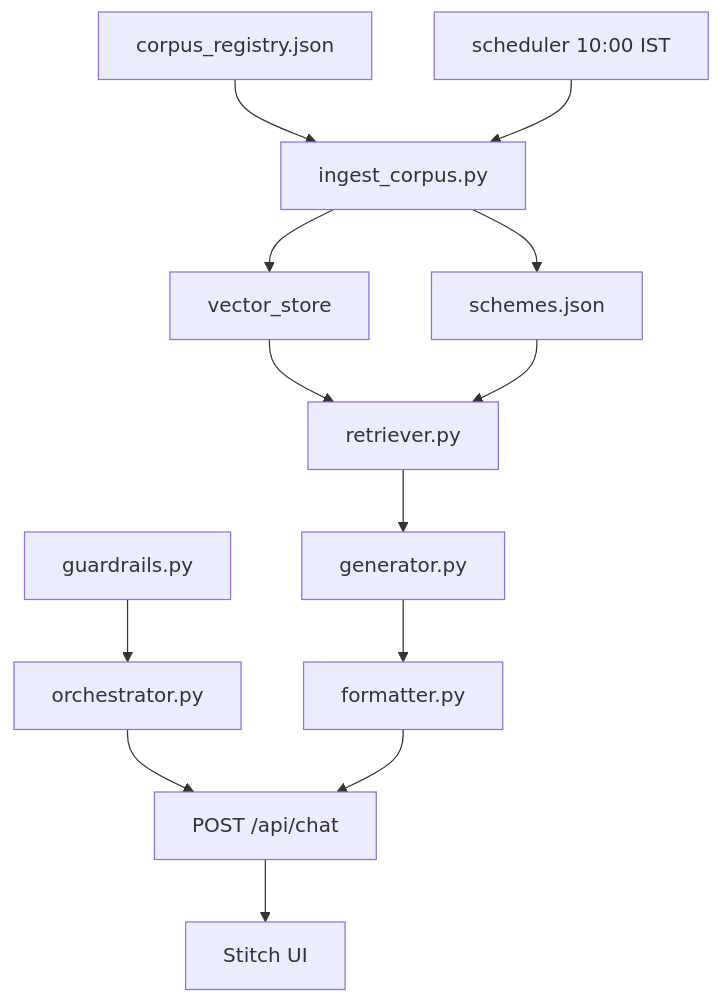
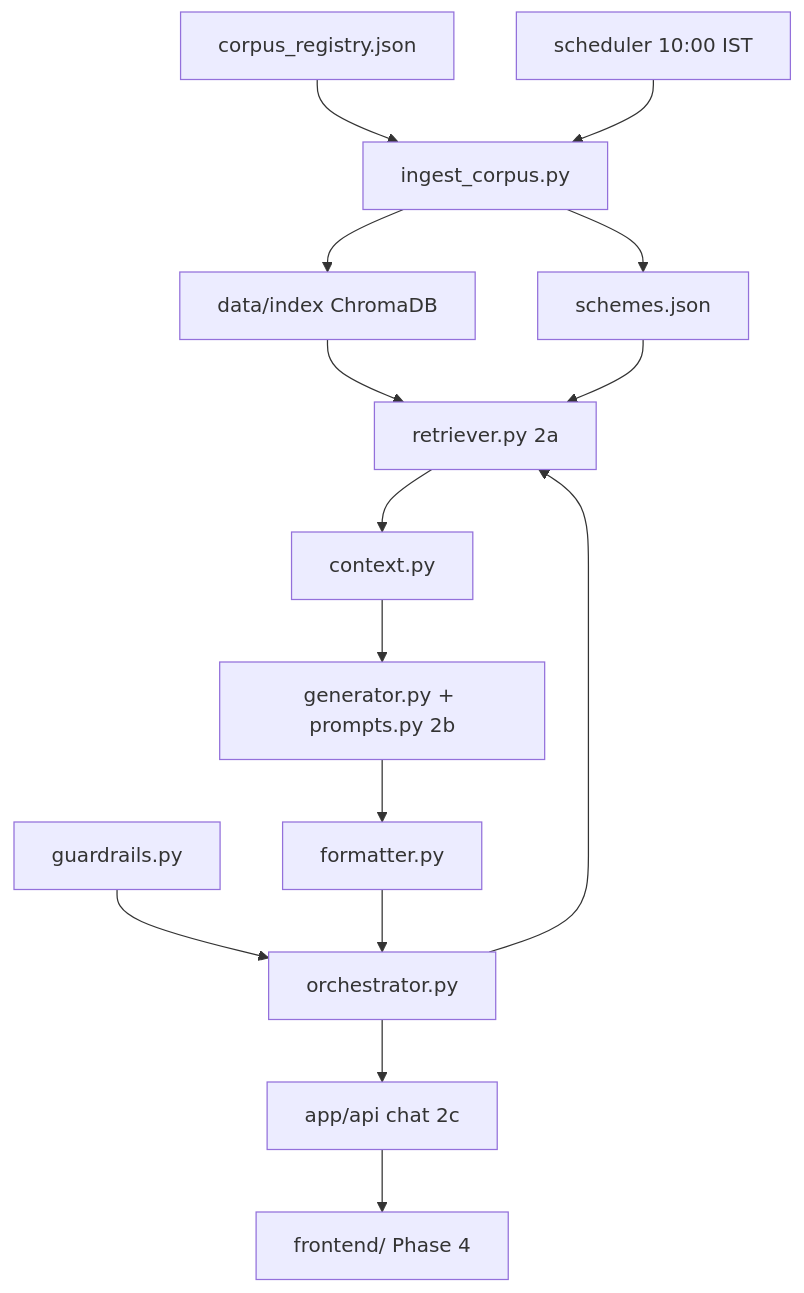
One commit to SayaliAsole26/TATA-mutual-fund-FAQ changed the third of 3 diagrams in Docs folder/implementation.md. Above: the diagram before and after it, drawn with Mermaid. The commit also changed other lines of this file and 66 other files, not shown here.

````diff
--- a/Docs folder/implementation.md
+++ b/Docs folder/implementation.md
@@ -636,16 +889,18 @@
 ```mermaid
 flowchart TD
     REG["corpus_registry.json"] --> ING["ingest_corpus.py"]
-    ING --> VDB["vector_store"]
+    ING --> VDB["data/index ChromaDB"]
     ING --> META["schemes.json"]
     SCHED["scheduler 10:00 IST"] --> ING
 
-    VDB --> RET["retriever.py"]
+    VDB --> RET["retriever.py 2a"]
     META --> RET
-    RET --> GEN["generator.py"]
+    RET --> CTX["context.py"]
+    CTX --> GEN["generator.py + prompts.py 2b"]
     GEN --> FMT["formatter.py"]
-    GRD["guardrails.py"] --> ORCH["orchestrator.py"]
-    ORCH --> API["POST /api/chat"]
-    FMT --> API
-    API --> UI["Stitch UI"]
+  GRD["guardrails.py"] --> ORCH["orchestrator.py"]
+    ORCH --> RET
+    FMT --> ORCH
+    ORCH --> API["app/api chat 2c"]
+    API --> FE["frontend/ Phase 4"]
 ```
````
